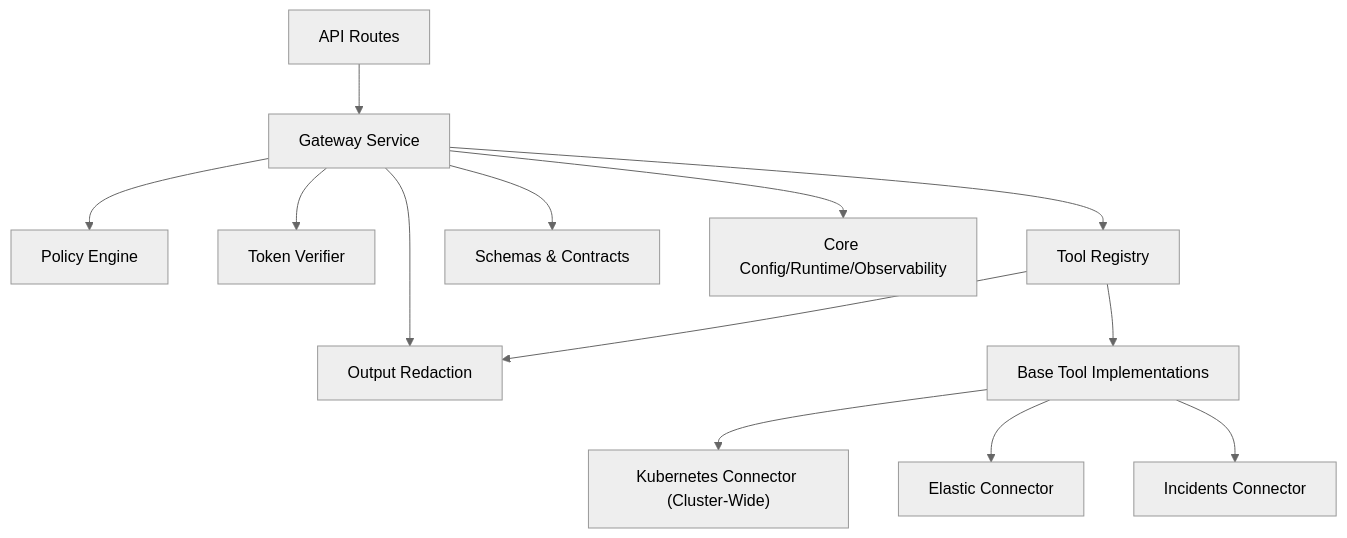
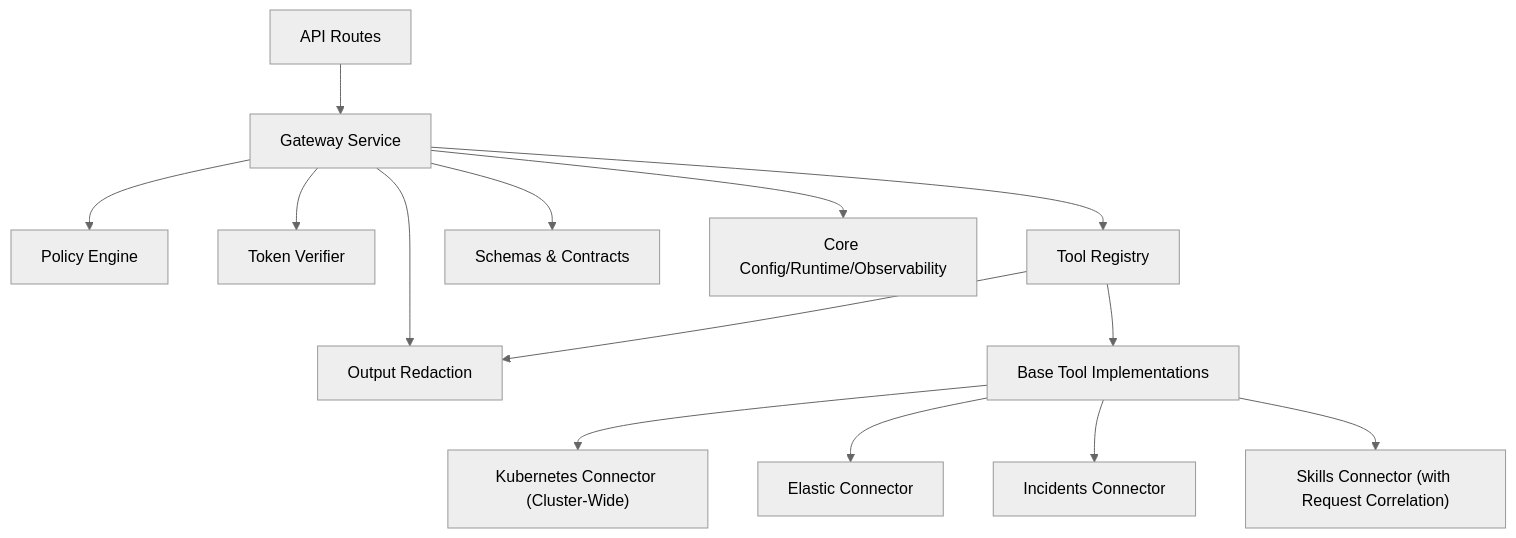
One commit to metasync/luban-aiops changed diagram 13 of 13 in .qoder/repowiki/en/content/Tool Gateway Service/Tool Gateway Service.md. Above: the diagram before and after it, drawn with Mermaid (neutral theme). The commit also changed other lines of this file and 8 other files, not shown here.

````diff
--- a/.qoder/repowiki/en/content/Tool Gateway Service/Tool Gateway Service.md
+++ b/.qoder/repowiki/en/content/Tool Gateway Service/Tool Gateway Service.md
@@ -666,15 +735,16 @@
 ```mermaid
 graph TB
 Routes["API Routes"] --> Services["Gateway Service"]
 Services --> Policy["Policy Engine"]
 Services --> Token["Token Verifier"]
 Services --> Registry["Tool Registry"]
 Services --> Redaction["Output Redaction"]
 Registry --> Tools["Base Tool Implementations"]
 Registry --> Redaction
 Tools --> K8s["Kubernetes Connector (Cluster-Wide)"]
 Tools --> Elastic["Elastic Connector"]
 Tools --> Incidents["Incidents Connector"]
+Tools --> Skills["Skills Connector (with Request Correlation)"]
 Services --> Schemas["Schemas & Contracts"]
 Services --> Core["Core Config/Runtime/Observability"]
 ```
````
